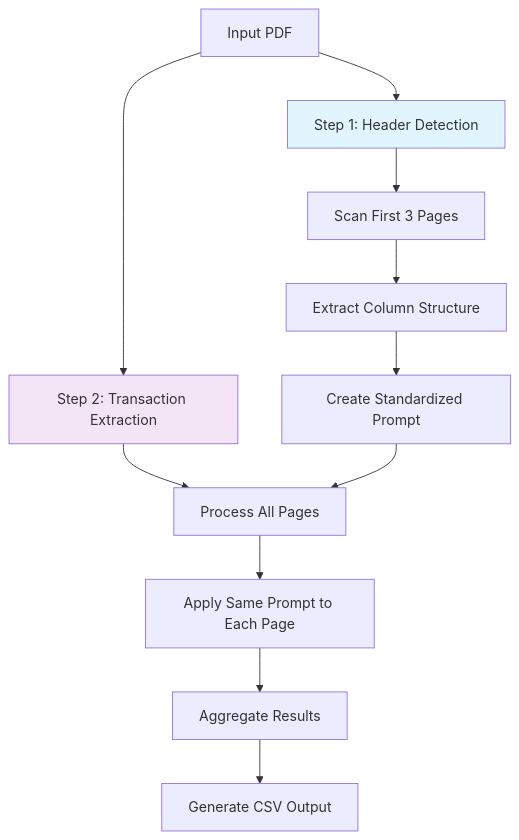
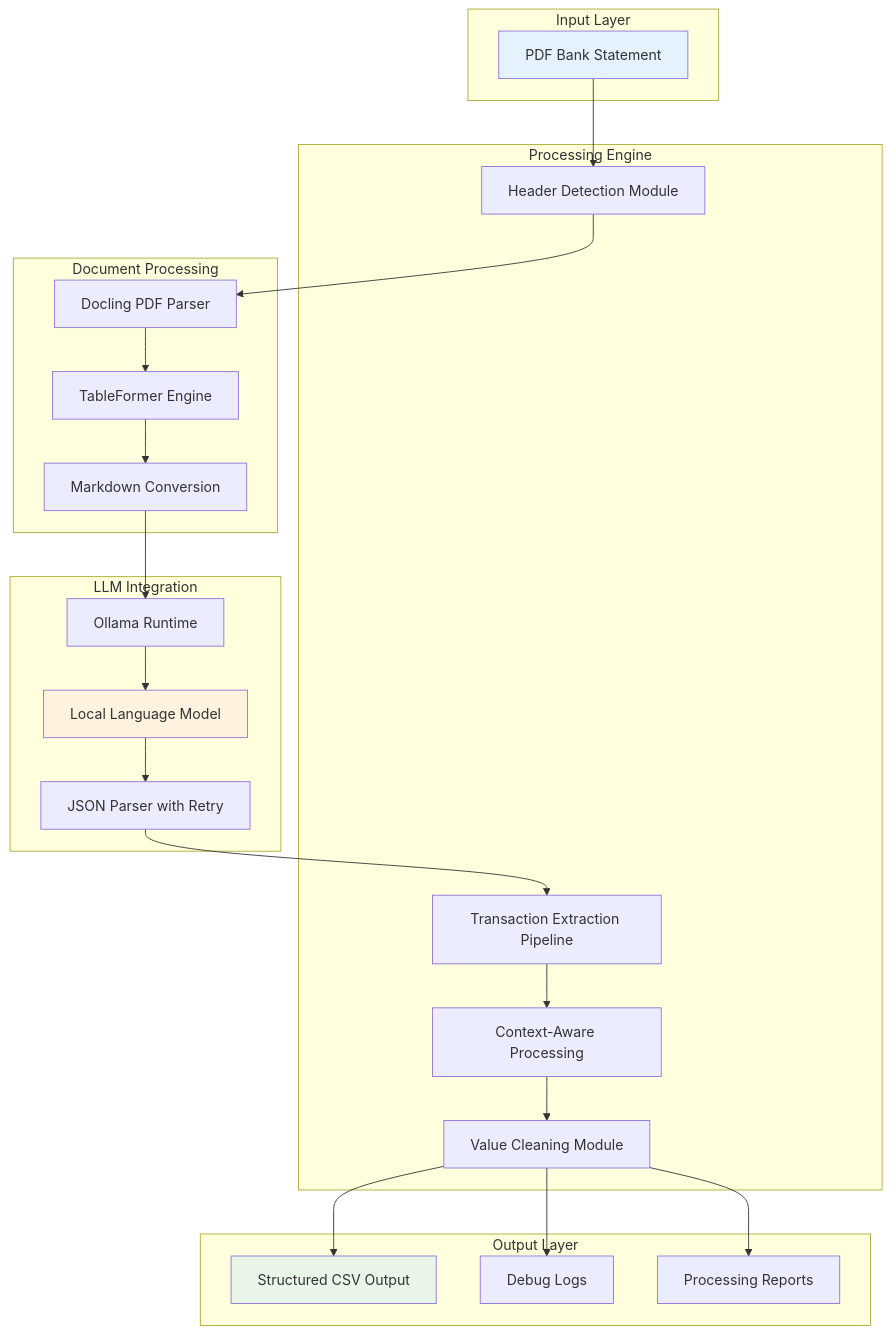
Before and after one commit to AhsanRiaz786/bank-statement-extraction: the diagram in README.md, drawn with Mermaid. The commit also changed other lines of this file and 1 other file, not shown here.

First line of the commit message:
Enhance monetary value handling and update README for clarity

````diff
--- a/README.md
+++ b/README.md
@@ -21,17 +25,49 @@
 ```mermaid
-graph TD
-    A[Input PDF] --> B[Step 1: Header Detection]
-    B --> C[Scan First 3 Pages]
-    C --> D[Extract Column Structure]
-    D --> E[Create Standardized Prompt]
+graph TB
+    subgraph "Input Layer"
+        PDF[PDF Bank Statement]
+    end
     
-    A --> F[Step 2: Transaction Extraction]
-    F --> G[Process All Pages]
-    E --> G
-    G --> H[Apply Same Prompt to Each Page]
-    H --> I[Aggregate Results]
-    I --> J[Generate CSV Output]
+    subgraph "Processing Engine"
+        HDM[Header Detection Module]
+        TEP[Transaction Extraction Pipeline]
+        CCP[Context-Aware Processing]
+        VCM[Value Cleaning Module]
+    end
     
-    style B fill:#e1f5fe
-    style F fill:#f3e5f5
+    subgraph "Document Processing"
+        DOC[Docling PDF Parser]
+        TBL[TableFormer Engine]
+        MD[Markdown Conversion]
+    end
+    
+    subgraph "LLM Integration"
+        OLL[Ollama Runtime]
+        LLM[Local Language Model]
+        PRS[JSON Parser with Retry]
+    end
+    
+    subgraph "Output Layer"
+        CSV[Structured CSV Output]
+        DBG[Debug Logs]
+        RPT[Processing Reports]
+    end
+    
+    PDF --> HDM
+    HDM --> DOC
+    DOC --> TBL
+    TBL --> MD
+    MD --> OLL
+    OLL --> LLM
+    LLM --> PRS
+    PRS --> TEP
+    TEP --> CCP
+    CCP --> VCM
+    VCM --> CSV
+    VCM --> DBG
+    VCM --> RPT
+    
+    style PDF fill:#e3f2fd
+    style CSV fill:#e8f5e8
+    style LLM fill:#fff3e0
 ```
````
